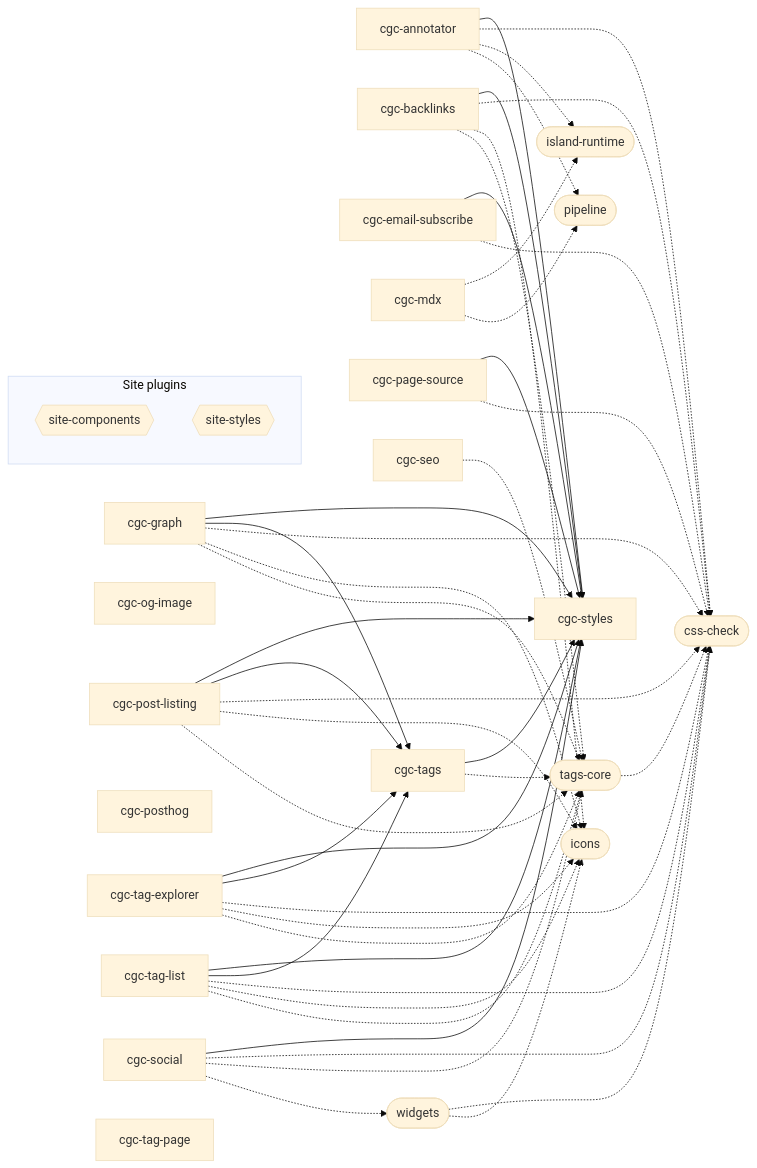
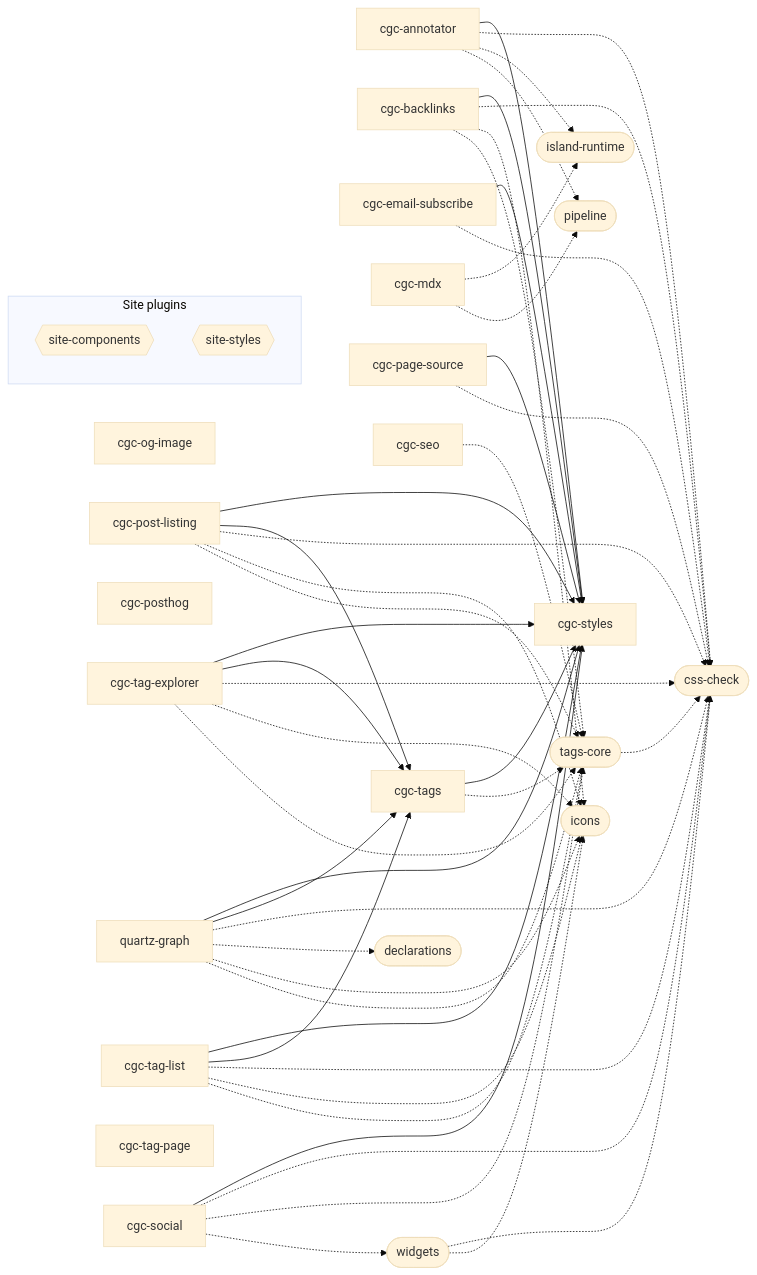
The diagram in content/public/tags/projects/site/plugins/index.md (chaoticgoodcomputing/blog), drawn with Mermaid (base theme) before and after one commit. The commit also changed 105 other files, not shown here.

````diff
--- a/content/public/tags/projects/site/plugins/index.md
+++ b/content/public/tags/projects/site/plugins/index.md
@@ -18,7 +18,6 @@
   plugin_cgc_annotator["cgc-annotator"]
   plugin_cgc_backlinks["cgc-backlinks"]
   plugin_cgc_email_subscribe["cgc-email-subscribe"]
-  plugin_cgc_graph["cgc-graph"]
   plugin_cgc_mdx["cgc-mdx"]
   plugin_cgc_og_image["cgc-og-image"]
   plugin_cgc_page_source["cgc-page-source"]
@@ -31,7 +30,9 @@
   plugin_cgc_tag_list["cgc-tag-list"]
   plugin_cgc_tag_page["cgc-tag-page"]
   plugin_cgc_tags["cgc-tags"]
+  plugin_quartz_graph["quartz-graph"]
   library_css_check(["css-check"])
+  library_declarations(["declarations"])
   library_icons(["icons"])
   library_island_runtime(["island-runtime"])
   library_pipeline(["pipeline"])
@@ -44,8 +45,6 @@
   plugin_cgc_annotator --> plugin_cgc_styles
   plugin_cgc_backlinks --> plugin_cgc_styles
   plugin_cgc_email_subscribe --> plugin_cgc_styles
-  plugin_cgc_graph --> plugin_cgc_styles
-  plugin_cgc_graph --> plugin_cgc_tags
   plugin_cgc_page_source --> plugin_cgc_styles
   plugin_cgc_post_listing --> plugin_cgc_styles
   plugin_cgc_post_listing --> plugin_cgc_tags
@@ -55,6 +54,8 @@
   plugin_cgc_tag_list --> plugin_cgc_styles
   plugin_cgc_tag_list --> plugin_cgc_tags
   plugin_cgc_tags --> plugin_cgc_styles
+  plugin_quartz_graph --> plugin_cgc_styles
+  plugin_quartz_graph --> plugin_cgc_tags
   plugin_cgc_annotator -.-> library_css_check
   plugin_cgc_annotator -.-> library_island_runtime
   plugin_cgc_annotator -.-> library_pipeline
@@ -62,9 +63,6 @@
   plugin_cgc_backlinks -.-> library_icons
   plugin_cgc_backlinks -.-> library_tags_core
   plugin_cgc_email_subscribe -.-> library_css_check
-  plugin_cgc_graph -.-> library_css_check
-  plugin_cgc_graph -.-> library_icons
-  plugin_cgc_graph -.-> library_tags_core
   plugin_cgc_mdx -.-> library_island_runtime
   plugin_cgc_mdx -.-> library_pipeline
   plugin_cgc_page_source -.-> library_css_check
@@ -82,13 +80,16 @@
   plugin_cgc_tag_list -.-> library_icons
   plugin_cgc_tag_list -.-> library_tags_core
   plugin_cgc_tags -.-> library_tags_core
+  plugin_quartz_graph -.-> library_css_check
+  plugin_quartz_graph -.-> library_declarations
+  plugin_quartz_graph -.-> library_icons
+  plugin_quartz_graph -.-> library_tags_core
   library_tags_core -.-> library_css_check
   library_widgets -.-> library_css_check
   library_widgets -.-> library_icons
   click plugin_cgc_annotator "/plugins/cgc-annotator"
   click plugin_cgc_backlinks "/plugins/cgc-backlinks"
   click plugin_cgc_email_subscribe "/plugins/cgc-email-subscribe"
-  click plugin_cgc_graph "/plugins/cgc-graph"
   click plugin_cgc_mdx "/plugins/cgc-mdx"
   click plugin_cgc_og_image "/plugins/cgc-og-image"
   click plugin_cgc_page_source "/plugins/cgc-page-source"
@@ -101,4 +102,5 @@
   click plugin_cgc_tag_list "/plugins/cgc-tag-list"
   click plugin_cgc_tag_page "/plugins/cgc-tag-page"
   click plugin_cgc_tags "/plugins/cgc-tags"
+  click plugin_quartz_graph "/plugins/quartz-graph"
 ```
````
